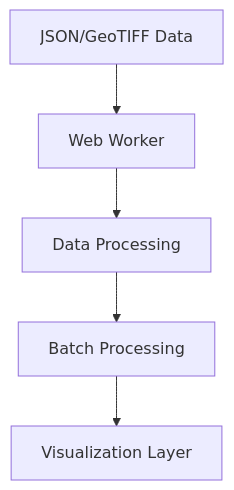
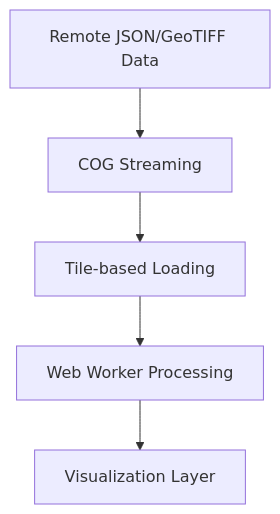
Before and after one commit to Jenisis-03/Spinachh: the diagram in README.md, drawn with Mermaid. The commit also changed other lines of this file and 5 other files, not shown here.

````diff
--- a/README.md
+++ b/README.md
@@ -17,7 +19,7 @@
 ```mermaid
 graph TD
-    A[JSON/GeoTIFF Data] --> B[Web Worker]
-    B --> C[Data Processing]
-    C --> D[Batch Processing]
+    A[Remote JSON/GeoTIFF Data] --> B[COG Streaming]
+    B --> C[Tile-based Loading]
+    C --> D[Web Worker Processing]
     D --> E[Visualization Layer]
 ```
````
